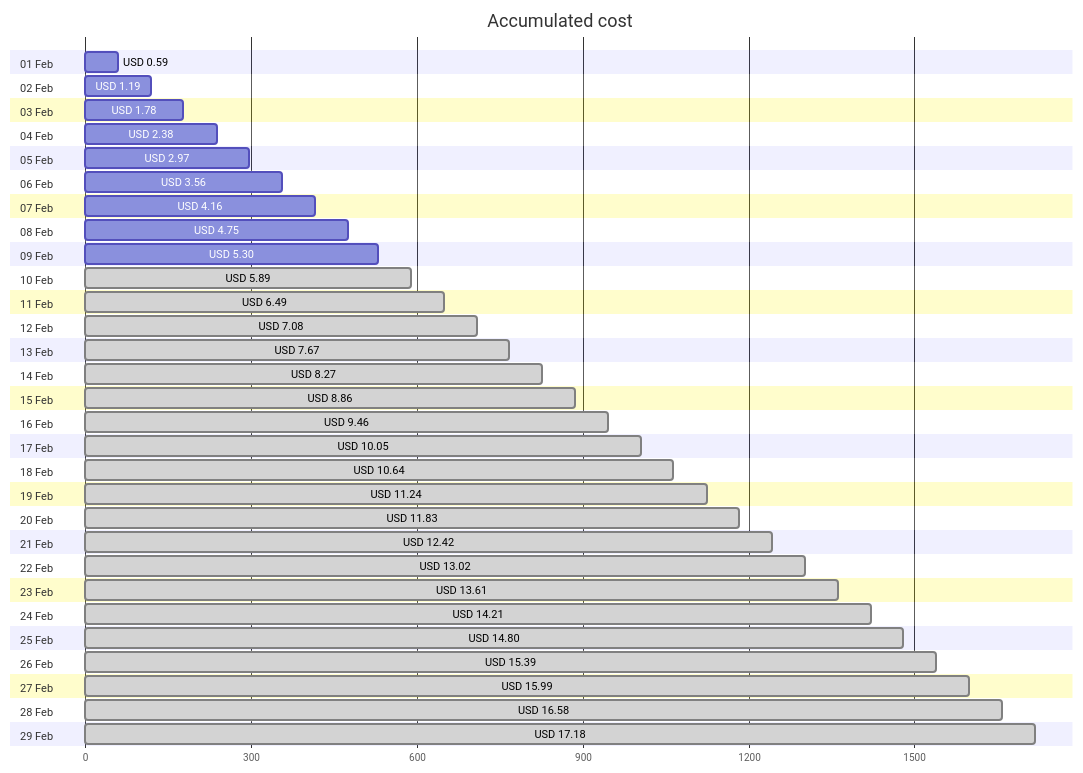
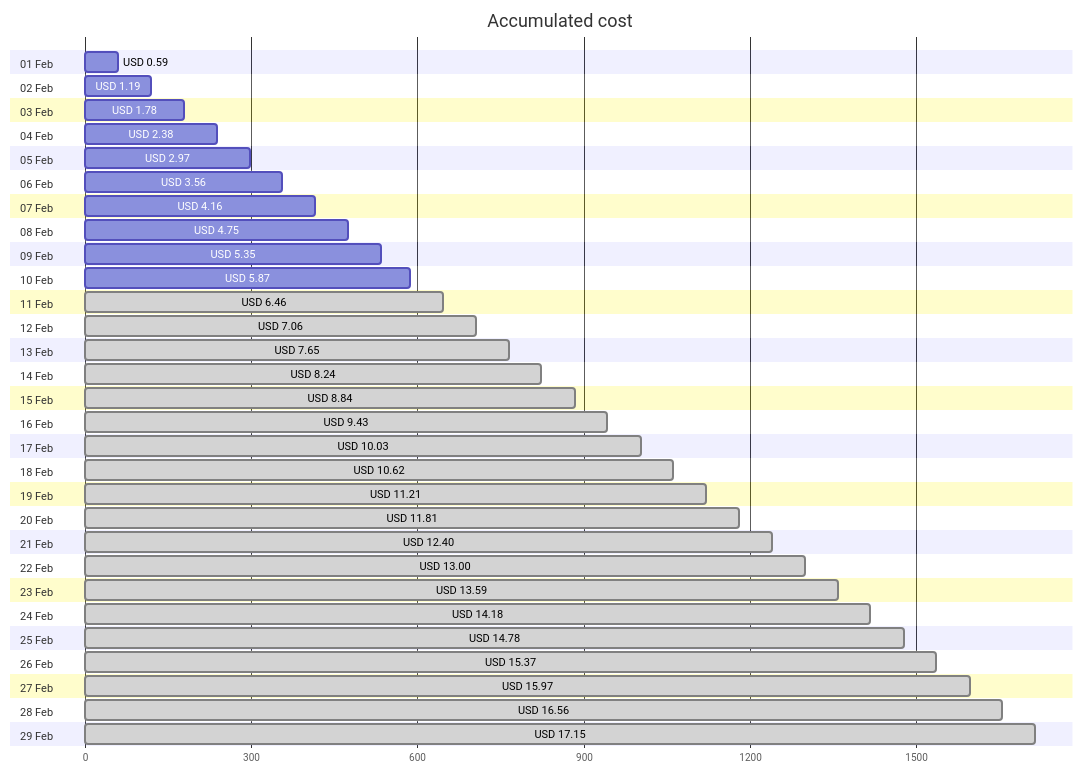
Before and after one commit to jpfulton/azure-personal-reports: the first of 4 diagrams in cost-reports/personal-site/README.md, drawn with Mermaid. The commit also changed other lines of this file and 6 other files, not shown here.

````diff
--- a/cost-reports/personal-site/README.md
+++ b/cost-reports/personal-site/README.md
@@ -20,64 +20,64 @@
 ```mermaid
 gantt
    title Accumulated cost
    dateFormat  X
    axisFormat %s
    section 01 Feb
    USD 0.59 :0, 59
    section 02 Feb
    USD 1.19 :0, 119
    section 03 Feb
    USD 1.78 :0, 178
    section 04 Feb
    USD 2.38 :0, 238
    section 05 Feb
    USD 2.97 :0, 297
    section 06 Feb
    USD 3.56 :0, 356
    section 07 Feb
    USD 4.16 :0, 416
    section 08 Feb
    USD 4.75 :0, 475
    section 09 Feb
-   USD 5.30 :0, 530
+   USD 5.35 :0, 535
    section 10 Feb
-   USD 5.89 : done, 0, 589
+   USD 5.87 :0, 587
    section 11 Feb
-   USD 6.49 : done, 0, 649
+   USD 6.46 : done, 0, 646
    section 12 Feb
-   USD 7.08 : done, 0, 708
+   USD 7.06 : done, 0, 706
    section 13 Feb
-   USD 7.67 : done, 0, 767
+   USD 7.65 : done, 0, 765
    section 14 Feb
-   USD 8.27 : done, 0, 827
+   USD 8.24 : done, 0, 824
    section 15 Feb
-   USD 8.86 : done, 0, 886
+   USD 8.84 : done, 0, 884
    section 16 Feb
-   USD 9.46 : done, 0, 946
+   USD 9.43 : done, 0, 943
    section 17 Feb
-   USD 10.05 : done, 0, 1005
+   USD 10.03 : done, 0, 1003
    section 18 Feb
-   USD 10.64 : done, 0, 1064
+   USD 10.62 : done, 0, 1062
    section 19 Feb
-   USD 11.24 : done, 0, 1124
+   USD 11.21 : done, 0, 1121
    section 20 Feb
-   USD 11.83 : done, 0, 1183
+   USD 11.81 : done, 0, 1181
    section 21 Feb
-   USD 12.42 : done, 0, 1242
+   USD 12.40 : done, 0, 1240
    section 22 Feb
-   USD 13.02 : done, 0, 1302
+   USD 13.00 : done, 0, 1300
    section 23 Feb
-   USD 13.61 : done, 0, 1361
+   USD 13.59 : done, 0, 1359
    section 24 Feb
-   USD 14.21 : done, 0, 1421
+   USD 14.18 : done, 0, 1418
    section 25 Feb
-   USD 14.80 : done, 0, 1480
+   USD 14.78 : done, 0, 1478
    section 26 Feb
-   USD 15.39 : done, 0, 1539
+   USD 15.37 : done, 0, 1537
    section 27 Feb
-   USD 15.99 : done, 0, 1599
+   USD 15.97 : done, 0, 1597
    section 28 Feb
-   USD 16.58 : done, 0, 1658
+   USD 16.56 : done, 0, 1656
    section 29 Feb
-   USD 17.18 : done, 0, 1718
+   USD 17.15 : done, 0, 1715
 ```
````
